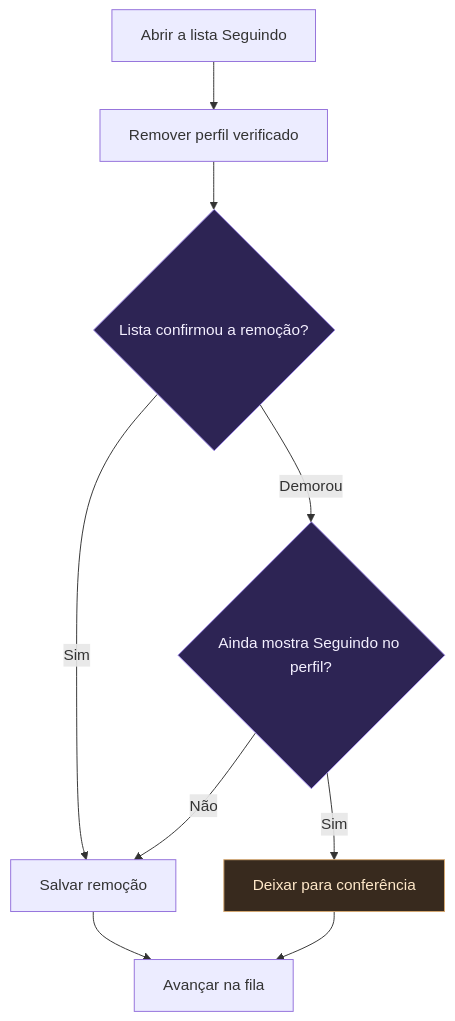
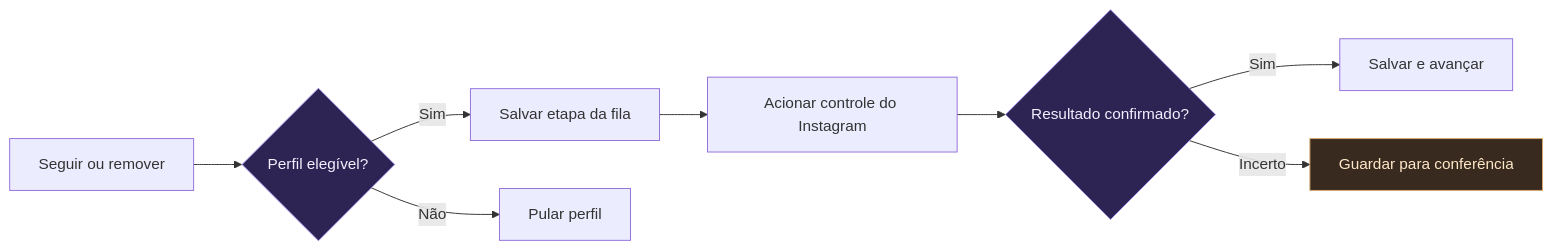
Before and after one commit to EoPaiva/instagram-fluxo: the diagram in README.md, drawn with Mermaid. The commit also changed other lines of this file and 47 other files, not shown here.

Commit message:
Publish Instagram Fluxo 3.9.0

````diff
--- a/README.md
+++ b/README.md
@@ -58,17 +49,16 @@
 ```mermaid
-flowchart TD
-    accTitle: Fluxo para parar de seguir
-    accDescr: A extensão usa a lista Seguindo. Quando a lista demora, confere o estado no próprio perfil antes de continuar.
-    A["Abrir a lista Seguindo"] --> B["Remover perfil verificado"]
-    B --> C{"Lista confirmou a remoção?"}
-    C -->|Sim| D["Salvar remoção"]
-    C -->|Demorou| E{"Ainda mostra Seguindo no perfil?"}
-    E -->|Não| D
-    E -->|Sim| F["Deixar para conferência"]
-    D --> G["Avançar na fila"]
-    F --> G
+flowchart LR
+    accTitle: Da seleção ao resultado salvo
+    accDescr: Cada operação verifica o perfil e salva a etapa antes de agir. Perfis inelegíveis são pulados e resultados incertos ficam pendentes.
+    A["Seguir ou remover"] --> B{"Perfil elegível?"}
+    B -->|Sim| C["Salvar etapa da fila"]
+    B -->|Não| D["Pular perfil"]
+    C --> E["Acionar controle do Instagram"]
+    E --> F{"Resultado confirmado?"}
+    F -->|Sim| G["Salvar e avançar"]
+    F -->|Incerto| H["Guardar para conferência"]
     classDef choice fill:#2d2454,stroke:#a18ced,color:#f4f0ff
     classDef pending fill:#382a1e,stroke:#d6a871,color:#ffe8c9
-    class C,E choice
-    class F pending
+    class B,F choice
+    class H pending
 ```
````
